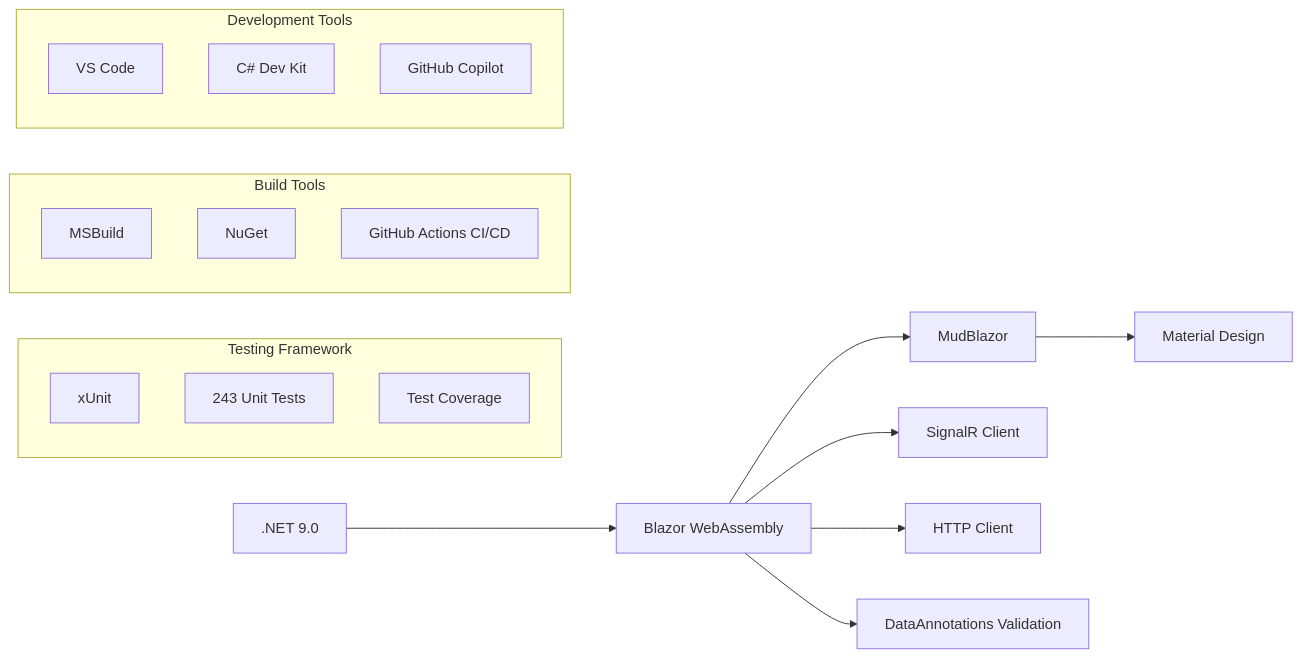
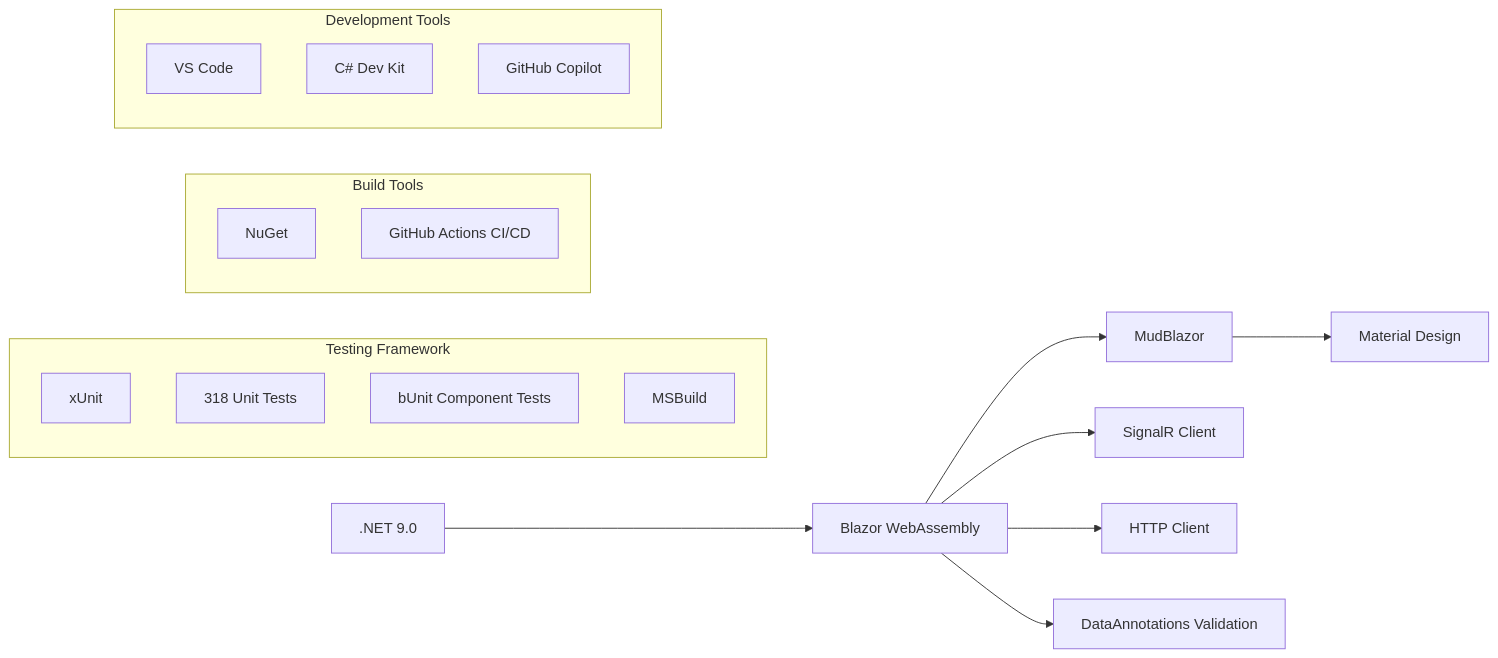
The fifth of 13 diagrams in docs/ARCHITECTURE.md (mongeon/RecettesIndex), drawn with Mermaid before and after one commit. The commit also changed other lines of this file and 5 other files, not shown here.

````diff
--- a/docs/ARCHITECTURE.md
+++ b/docs/ARCHITECTURE.md
@@ -214,27 +215,28 @@
 ```mermaid
 graph LR
     A[.NET 9.0] --> B[Blazor WebAssembly]
     B --> C[MudBlazor]
     C --> D[Material Design]
     B --> E[SignalR Client]
     B --> F[HTTP Client]
     B --> G[DataAnnotations Validation]
     
     subgraph "Testing Framework"
         H[xUnit]
-        I[243 Unit Tests]
-        J[Test Coverage]
+        I[318 Unit Tests]
+        J[bUnit Component Tests]
+        K[Test Coverage]
     end
     
     subgraph "Build Tools"
         K[MSBuild]
         L[NuGet]
         M[GitHub Actions CI/CD]
     end
     
     subgraph "Development Tools"
         N[VS Code]
         O[C# Dev Kit]
         P[GitHub Copilot]
     end
 ```
````
